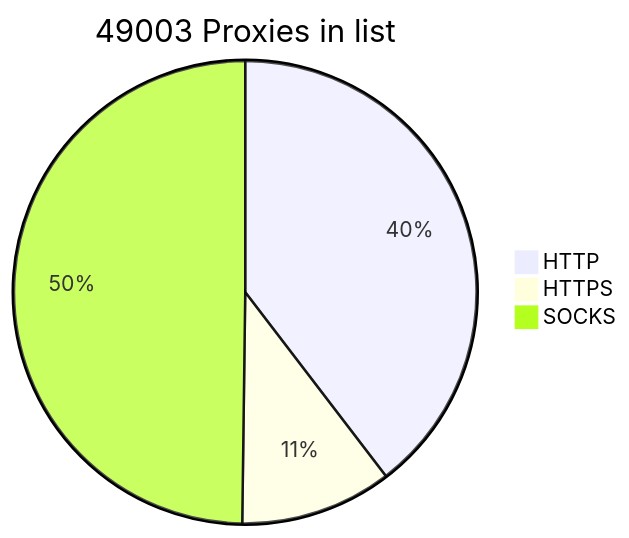
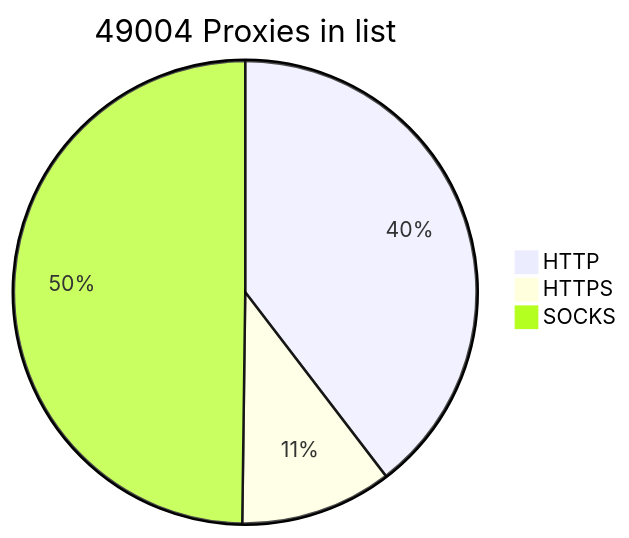
The diagram in README.md (BlackSnowDot/proxylist-update-every-minute), drawn with Mermaid before and after one commit.

````diff
--- a/README.md
+++ b/README.md
@@ -2,6 +2,6 @@
 ```mermaid
-pie title 49003 Proxies in list
+pie title 49004 Proxies in list
     "HTTP" : 21421
     "HTTPS": 5735
-    "SOCKS" : 26933
+    "SOCKS" : 26934
 ```
````
